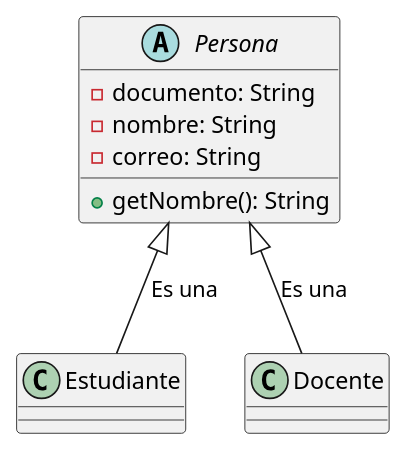
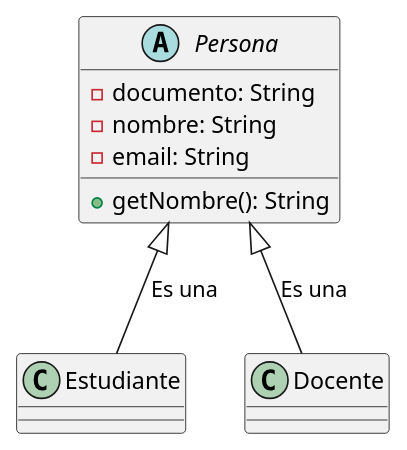
The diagram in src/ejemplo_completo_2/codigo_UML/Persona.puml (PaoloTrujillo-7502610016/POO-U4-protocolo-colaborativo-7502610016-7502610019), drawn with PlantUML before and after one commit. The commit also changed 1 other file, not shown here.

```diff
--- a/src/ejemplo_completo_2/codigo_UML/Persona.puml
+++ b/src/ejemplo_completo_2/codigo_UML/Persona.puml
@@ -1,17 +1,17 @@
 @startuml
 
 abstract class Persona{
 
 
     -documento: String
     -nombre: String
-    -correo: String
+    -email: String
 
     +getNombre(): String
 
 }
 
 Persona <|-- Estudiante : Es una
 Persona <|-- Docente : Es una
 
 @enduml
```
